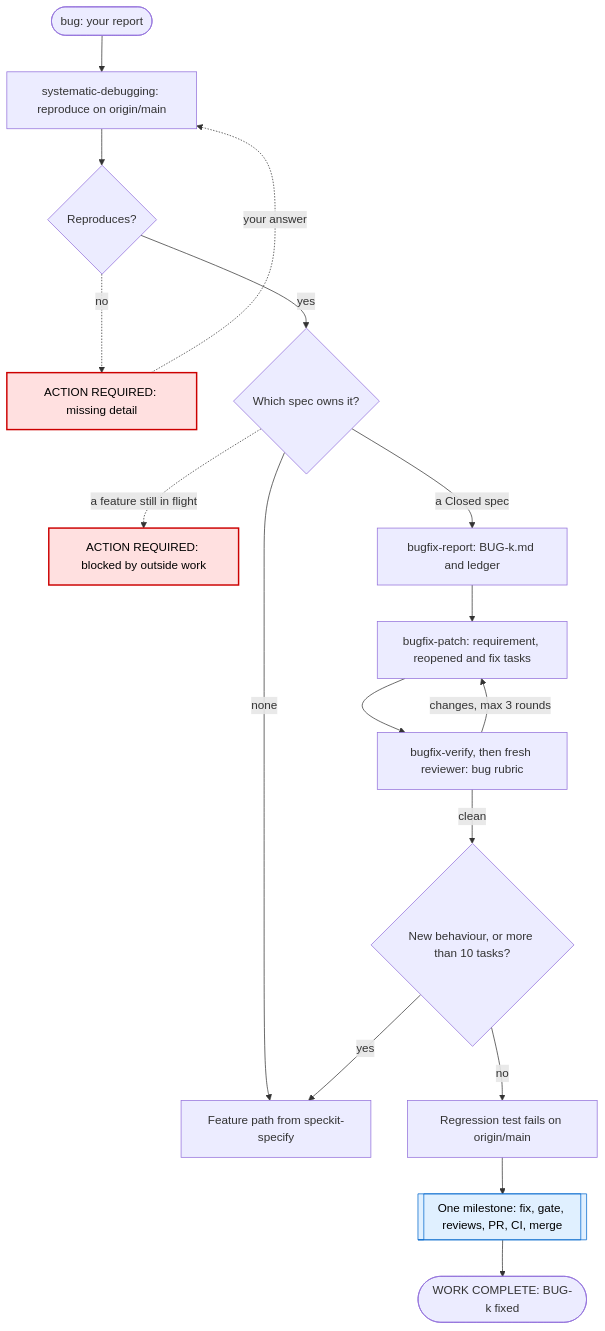
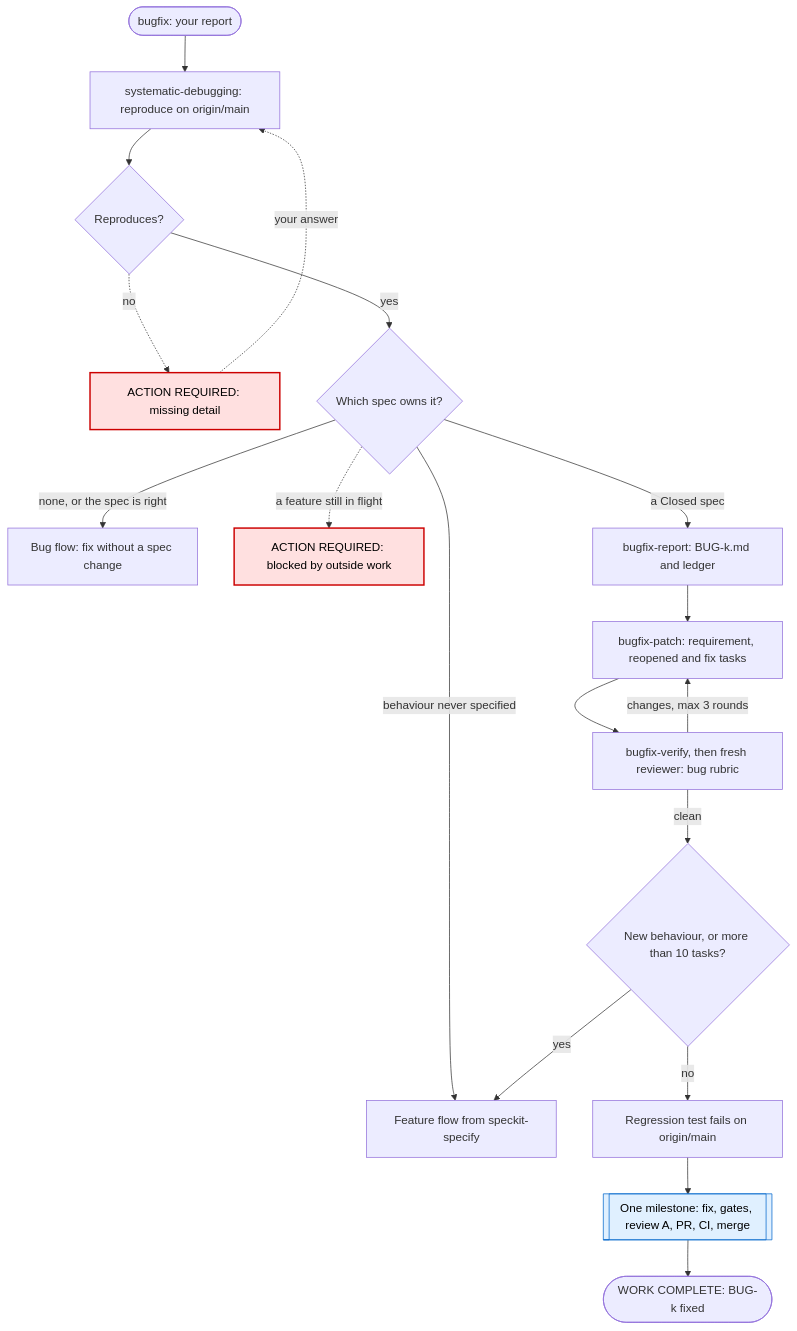
The third of 3 diagrams in .claude/skills/speckit-autopilot/README.md (jaroslawherod/micold-ai-ide), drawn with Mermaid before and after one commit. The commit also changed other lines of this file and 71 other files, not shown here.

First line of the commit message:
feat(autopilot): choose the flow and effort from issue labels, split the skill into modules

````diff
--- a/.claude/skills/speckit-autopilot/README.md
+++ b/.claude/skills/speckit-autopilot/README.md
@@ -100,24 +140,25 @@
 ```mermaid
 flowchart TD
-    B0(["bug: your report"]) --> REPRO["systematic-debugging: reproduce on origin/main"]
+    B0(["bugfix: your report"]) --> REPRO["systematic-debugging: reproduce on origin/main"]
     REPRO --> RQ{"Reproduces?"}
     RQ -.->|no| ESCR["ACTION REQUIRED: missing detail"]
     ESCR -.->|"your answer"| REPRO
     RQ -->|yes| OWN{"Which spec owns it?"}
-    OWN -->|none| FEAT["Feature path from speckit-specify"]
+    OWN -->|"none, or the spec is right"| LIGHT["Bug flow: fix without a spec change"]
+    OWN -->|"behaviour never specified"| FEAT["Feature flow from speckit-specify"]
     OWN -.->|"a feature still in flight"| ESCO["ACTION REQUIRED: blocked by outside work"]
     OWN -->|"a Closed spec"| REP["bugfix-report: BUG-k.md and ledger"]
     REP --> PATCH["bugfix-patch: requirement, reopened and fix tasks"]
     PATCH --> VER["bugfix-verify, then fresh reviewer: bug rubric"]
     VER -->|"changes, max 3 rounds"| PATCH
     VER -->|clean| SIZE{"New behaviour, or more than 10 tasks?"}
     SIZE -->|yes| FEAT
     SIZE -->|no| RED["Regression test fails on origin/main"]
-    RED --> MS[["One milestone: fix, gate, reviews, PR, CI, merge"]]
+    RED --> MS[["One milestone: fix, gates, review A, PR, CI, merge"]]
     MS --> BDONE(["WORK COMPLETE: BUG-k fixed"])
 
     classDef human fill:#ffe0e0,stroke:#c00,stroke-width:2px,color:#000
     classDef pr fill:#e0f0ff,stroke:#06c,color:#000
     class ESCR,ESCO human
     class MS pr
 ```
````
